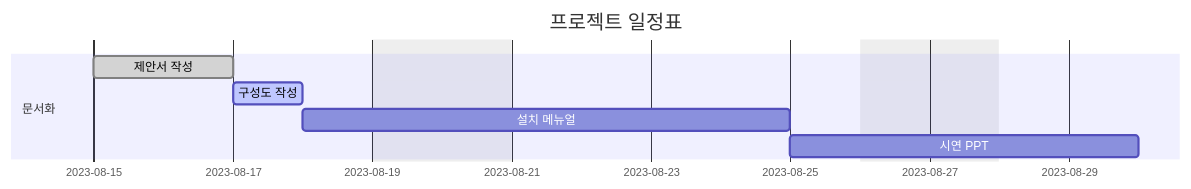
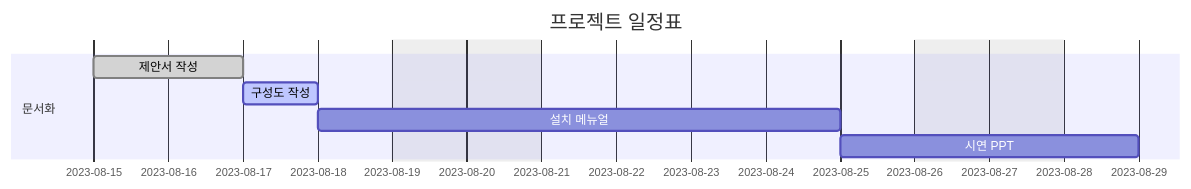
One commit to LOFL404/project1 changed the diagram in README.md. Above: the diagram before and after it, drawn with Mermaid.

````diff
--- a/README.md
+++ b/README.md
@@ -1,16 +1,16 @@
 ```mermaid
 gantt
     dateFormat  YYYY-MM-DD
     axisFormat  %Y-%m-%d
     title       프로젝트 일정표
     excludes    weekends saturday,sunday
     
     section 문서화
     제안서 작성     :done,    a, 2023-08-15, 2d
     구성도 작성     :active,    b, 2023-08-17, 1d
     설치 메뉴얼     :c, after b, 5d
-    시연 PPT        :after c, 3d
+    시연 PPT        :after c, 2d
 
     section 구현
     
 ```
````
